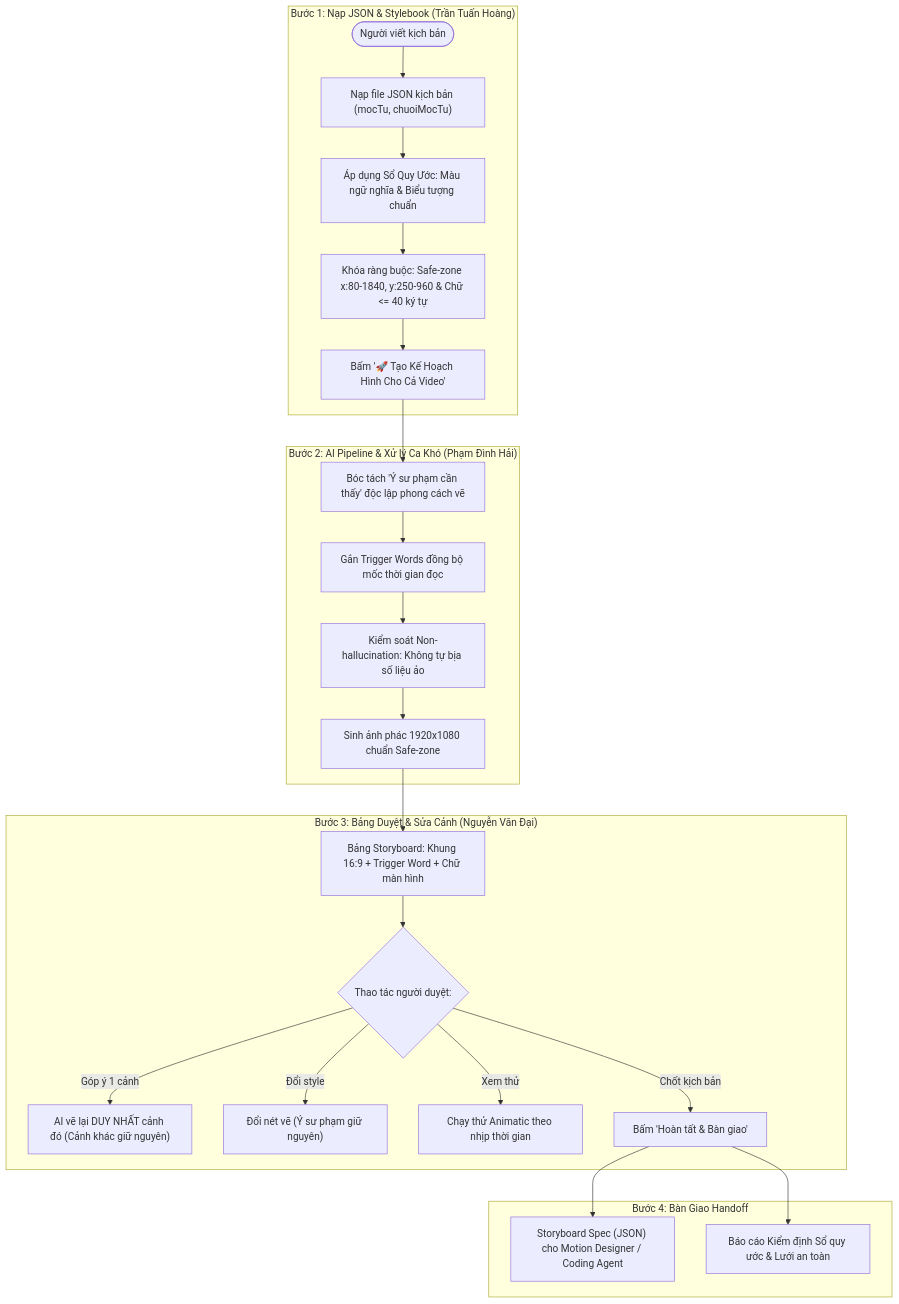
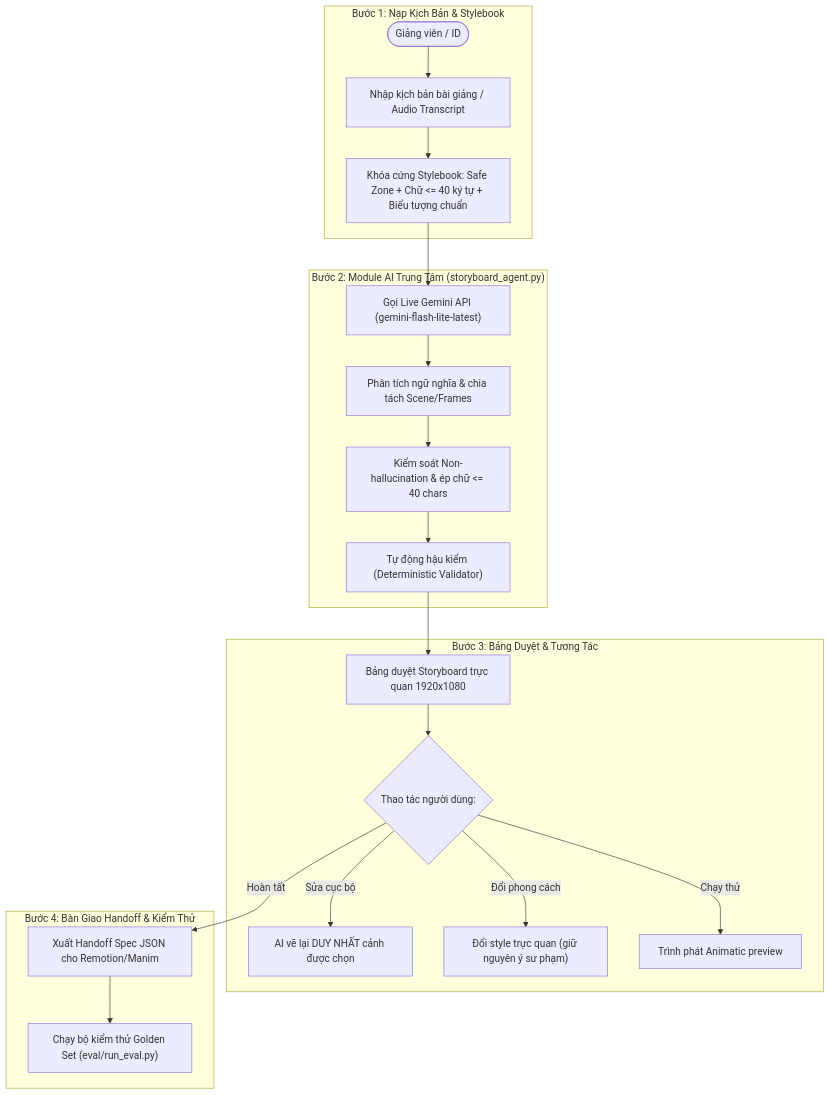
The diagram in codebase/README.md (HoangTranTuan/K4-3B-E403-BotVN), drawn with Mermaid before and after one commit. The commit also changed other lines of this file and 10 other files, not shown here.

Commit message:
feat: integrate live AI call and document run 1 eval results

````diff
--- a/codebase/README.md
+++ b/codebase/README.md
@@ -37,30 +68,27 @@
 ```mermaid
 flowchart TD
-    subgraph G1 ["Bước 1: Nạp JSON & Stylebook (Trần Tuấn Hoàng)"]
-        U(["Người viết kịch bản"]) --> S1["Nạp file JSON kịch bản (mocTu, chuoiMocTu)"]
-        S1 --> S2["Áp dụng Sổ Quy Ước: Màu ngữ nghĩa & Biểu tượng chuẩn"]
-        S2 --> S3["Khóa ràng buộc: Safe-zone x:80-1840, y:250-960 & Chữ <= 40 ký tự"]
-        S3 --> S4["Bấm '🚀 Tạo Kế Hoạch Hình Cho Cả Video'"]
+    subgraph G1 ["Bước 1: Nạp Kịch Bản & Stylebook"]
+        U(["Giảng viên / ID"]) --> S1["Nhập kịch bản bài giảng / Audio Transcript"]
+        S1 --> S2["Khóa cứng Stylebook: Safe Zone + Chữ <= 40 ký tự + Biểu tượng chuẩn"]
     end
 
-    subgraph G2 ["Bước 2: AI Pipeline & Xử lý Ca Khó (Phạm Đình Hải)"]
-        S4 --> P1["Bóc tách 'Ý sư phạm cần thấy' độc lập phong cách vẽ"]
-        P1 --> P2["Gắn Trigger Words đồng bộ mốc thời gian đọc"]
-        P2 --> P3["Kiểm soát Non-hallucination: Không tự bịa số liệu ảo"]
-        P3 --> P4["Sinh ảnh phác 1920x1080 chuẩn Safe-zone"]
+    subgraph G2 ["Bước 2: Module AI Trung Tâm (storyboard_agent.py)"]
+        S2 --> P1["Gọi Live Gemini API (gemini-flash-lite-latest)"]
+        P1 --> P2["Phân tích ngữ nghĩa & chia tách Scene/Frames"]
+        P2 --> P3["Kiểm soát Non-hallucination & ép chữ <= 40 chars"]
+        P3 --> P4["Tự động hậu kiểm (Deterministic Validator)"]
     end
 
-    subgraph G3 ["Bước 3: Bảng Duyệt & Sửa Cảnh (Nguyễn Văn Đại)"]
-        P4 --> B1["Bảng Storyboard: Khung 16:9 + Trigger Word + Chữ màn hình"]
-        B1 --> B2{"Thao tác người duyệt:"}
-        B2 -->|"Góp ý 1 cảnh"| EDIT1["AI vẽ lại DUY NHẤT cảnh đó (Cảnh khác giữ nguyên)"]
-        B2 -->|"Đổi style"| EDIT2["Đổi nét vẽ (Ý sư phạm giữ nguyên)"]
-        B2 -->|"Xem thử"| PLAY["Chạy thử Animatic theo nhịp thời gian"]
-        B2 -->|"Chốt kịch bản"| APP["Bấm 'Hoàn tất & Bàn giao'"]
+    subgraph G3 ["Bước 3: Bảng Duyệt & Tương Tác"]
+        P4 --> B1["Bảng duyệt Storyboard trực quan 1920x1080"]
+        B1 --> B2{"Thao tác người dùng:"}
+        B2 -->|"Sửa cục bộ"| EDIT1["AI vẽ lại DUY NHẤT cảnh được chọn"]
+        B2 -->|"Đổi phong cách"| EDIT2["Đổi style trực quan (giữ nguyên ý sư phạm)"]
+        B2 -->|"Chạy thử"| PLAY["Trình phát Animatic preview"]
     end
 
-    subgraph G4 ["Bước 4: Bàn Giao Handoff"]
-        APP --> OUT1["Storyboard Spec (JSON) cho Motion Designer / Coding Agent"]
-        APP --> OUT2["Báo cáo Kiểm định Sổ quy ước & Lưới an toàn"]
+    subgraph G4 ["Bước 4: Bàn Giao Handoff & Kiểm Thử"]
+        B2 -->|"Hoàn tất"| OUT1["Xuất Handoff Spec JSON cho Remotion/Manim"]
+        OUT1 --> EVAL["Chạy bộ kiểm thử Golden Set (eval/run_eval.py)"]
     end
 ```
````
